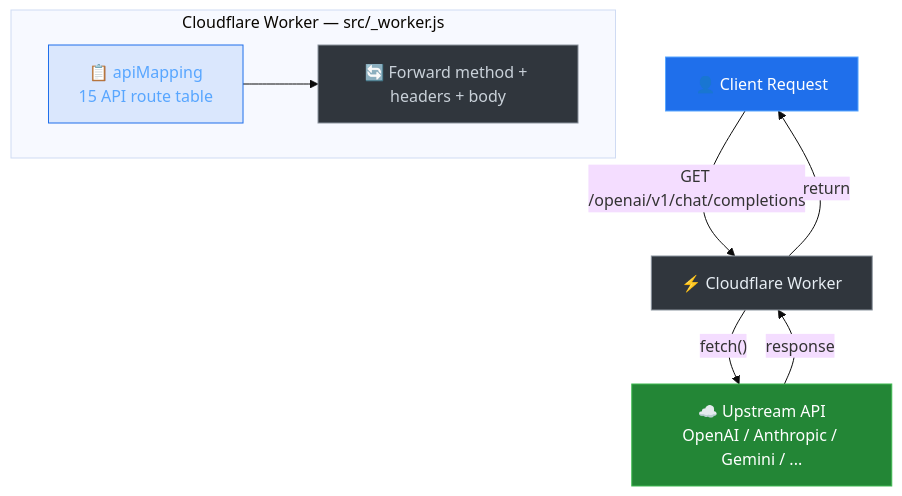
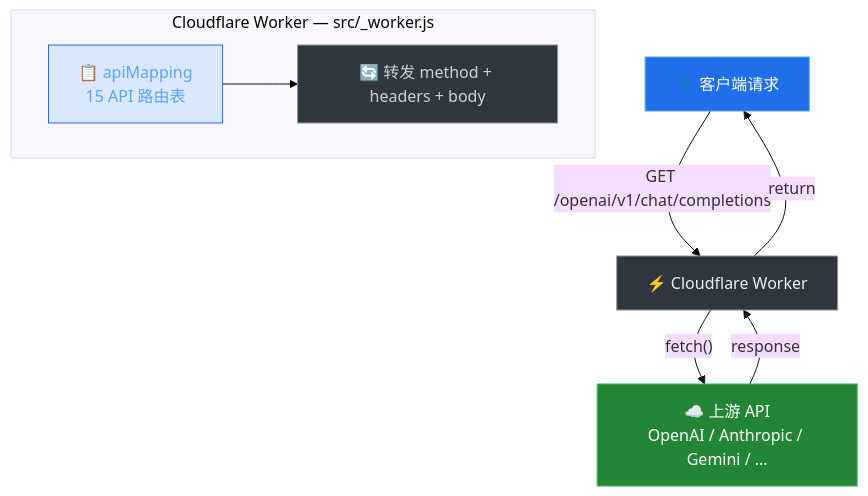
Before and after one commit to lopinx/apirouter: the diagram in README.md, drawn with Mermaid (base theme). The commit also changed other lines of this file and 1 other file, not shown here.

````diff
--- a/README.md
+++ b/README.md
@@ -114,20 +110,20 @@
 ```mermaid
 flowchart TD
-    C[👤 Client Request] -->|"GET /openai/v1/chat/completions"| W[⚡ Cloudflare Worker]
+    C[👤 客户端请求] -->|"GET /openai/v1/chat/completions"| W[⚡ Cloudflare Worker]
 
     subgraph worker ["Cloudflare Worker — src/_worker.js"]
-        M[📋 apiMapping<br/>15 API route table]
-        P[🔄 Forward method + headers + body]
+        M[📋 apiMapping<br/>15 API 路由表]
+        P[🔄 转发 method + headers + body]
         M --> P
     end
 
-    W -->|"fetch()"| U[☁️ Upstream API<br/>OpenAI / Anthropic / Gemini / ...]
+    W -->|"fetch()"| U[☁️ 上游 API<br/>OpenAI / Anthropic / Gemini / ...]
     U -->|"response"| W
     W -->|"return"| C
 
     style C fill:#1f6feb,stroke:#58a6ff,color:#fff
     style W fill:#30363d,stroke:#8b949e,color:#e6edf3
     style M fill:#1f6feb22,stroke:#1f6feb,color:#58a6ff
     style P fill:#30363d,stroke:#8b949e,color:#c9d1d9
     style U fill:#238636,stroke:#3fb950,color:#fff
 ```
````
